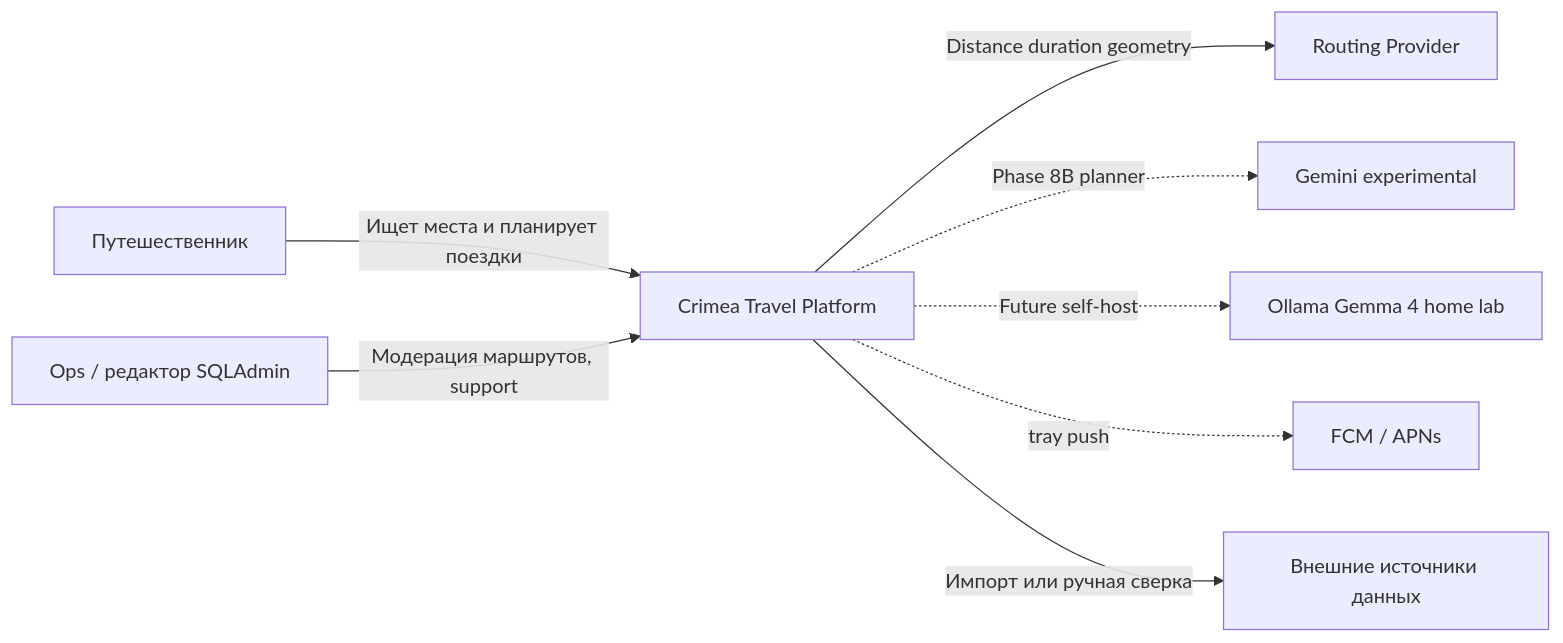
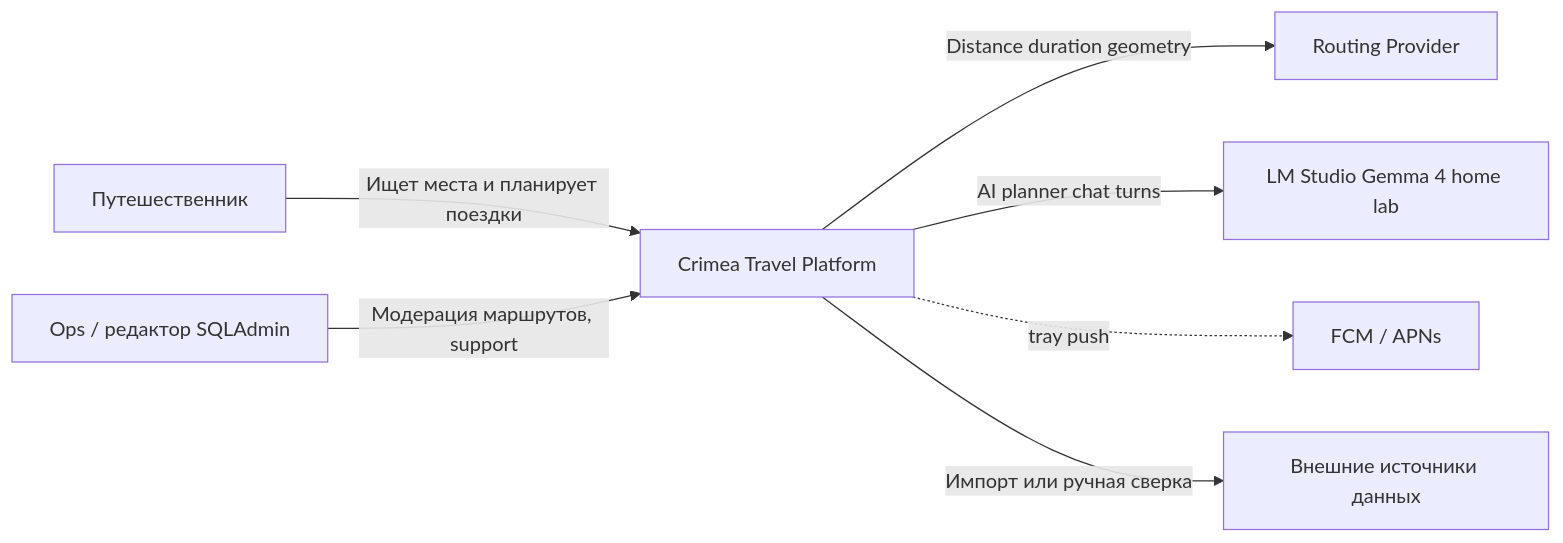
One commit to xotabeach/tourism-platform changed the diagram in docs/system-context.md. Above: the diagram before and after it, drawn with Mermaid. The commit also changed other lines of this file and 22 other files, not shown here.

````diff
--- a/docs/system-context.md
+++ b/docs/system-context.md
@@ -10,19 +12,17 @@
 ```mermaid
 flowchart LR
     Traveler["Путешественник"]
     Ops["Ops / редактор SQLAdmin"]
     Platform["Crimea Travel Platform"]
     Routing["Routing Provider"]
-    Gemini["Gemini experimental"]
-    Ollama["Ollama Gemma 4 home lab"]
+    LMStudio["LM Studio Gemma 4 home lab"]
     FCM["FCM / APNs"]
     Sources["Внешние источники данных"]
 
     Traveler -->|Ищет места и планирует поездки| Platform
     Ops -->|Модерация маршрутов, support| Platform
     Platform -->|Distance duration geometry| Routing
-    Platform -.->|Phase 8B planner| Gemini
-    Platform -.->|Future self-host| Ollama
+    Platform -->|AI planner chat turns| LMStudio
     Platform -.->|tray push| FCM
     Platform -->|Импорт или ручная сверка| Sources
 ```
````
